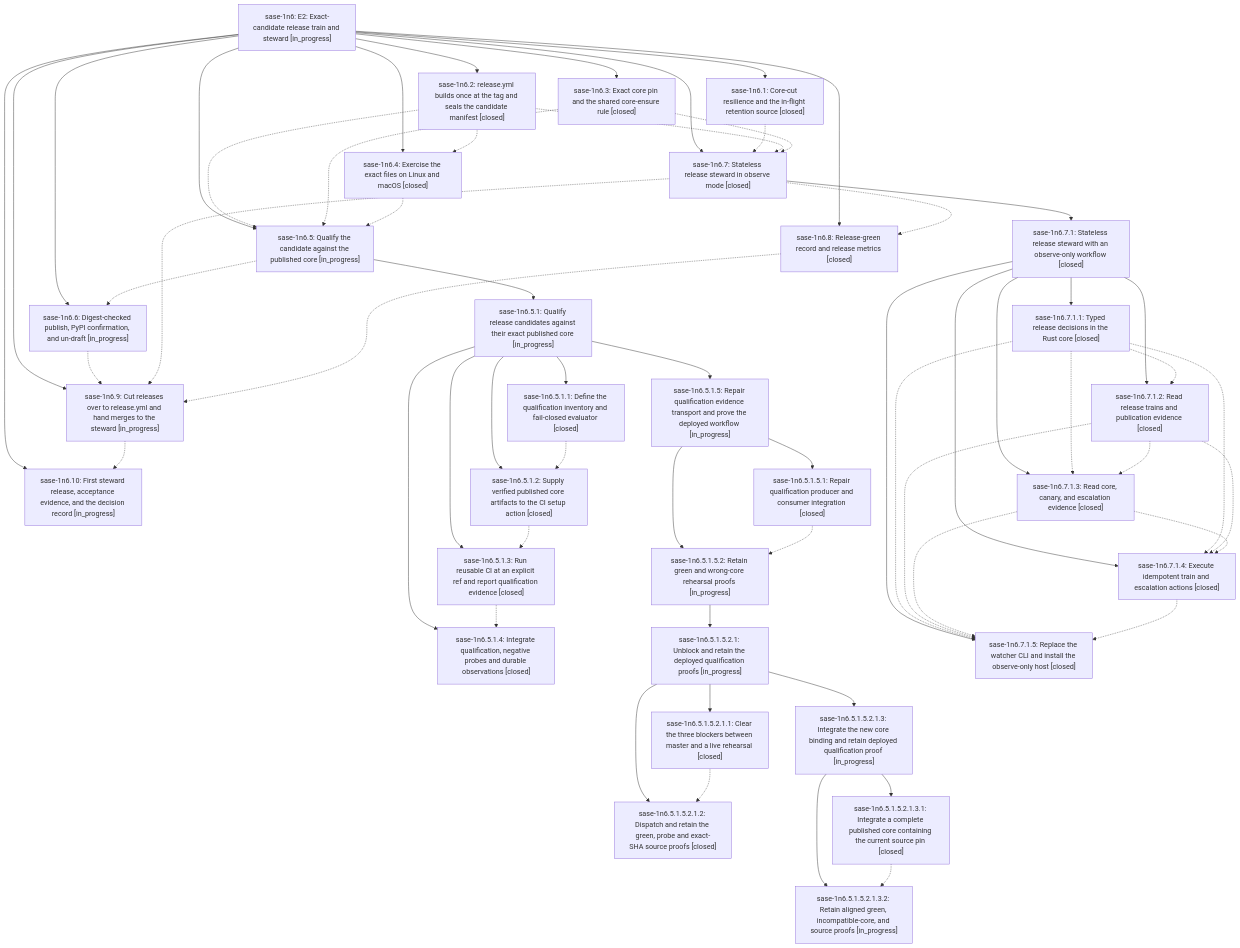
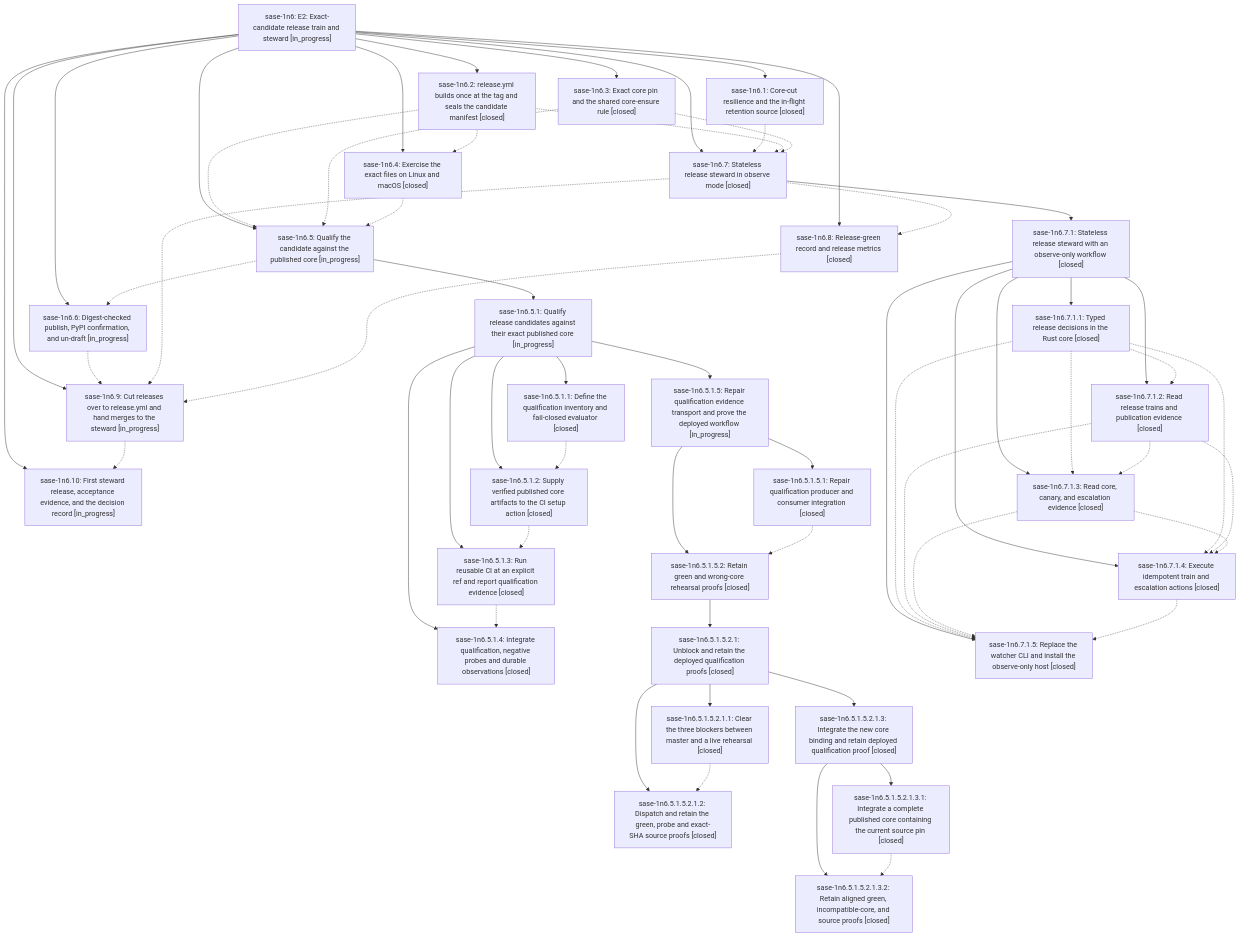
Before and after one commit to sase-org/sase--beads: the diagram in pages/sase-1n6/README.md, drawn with Mermaid. The commit also changed other lines of this file and 8 other files, not shown here.

```diff
--- a/pages/sase-1n6/README.md
+++ b/pages/sase-1n6/README.md
@@ -84,13 +84,13 @@
     n11["sase-1n6.5.1.4: Integrate qualification, negative probes and durable observations [closed]"]
     n12["sase-1n6.5.1.5: Repair qualification evidence transport and prove the deployed workflow [in_progress]"]
     n13["sase-1n6.5.1.5.1: Repair qualification producer and consumer integration [closed]"]
-    n14["sase-1n6.5.1.5.2: Retain green and wrong-core rehearsal proofs [in_progress]"]
-    n15["sase-1n6.5.1.5.2.1: Unblock and retain the deployed qualification proofs [in_progress]"]
+    n14["sase-1n6.5.1.5.2: Retain green and wrong-core rehearsal proofs [closed]"]
+    n15["sase-1n6.5.1.5.2.1: Unblock and retain the deployed qualification proofs [closed]"]
     n16["sase-1n6.5.1.5.2.1.1: Clear the three blockers between master and a live rehearsal [closed]"]
     n17["sase-1n6.5.1.5.2.1.2: Dispatch and retain the green, probe and exact-SHA source proofs [closed]"]
-    n18["sase-1n6.5.1.5.2.1.3: Integrate the new core binding and retain deployed qualification proof [in_progress]"]
+    n18["sase-1n6.5.1.5.2.1.3: Integrate the new core binding and retain deployed qualification proof [closed]"]
     n19["sase-1n6.5.1.5.2.1.3.1: Integrate a complete published core containing the current source pin [closed]"]
-    n20["sase-1n6.5.1.5.2.1.3.2: Retain aligned green, incompatible-core, and source proofs [in_progress]"]
+    n20["sase-1n6.5.1.5.2.1.3.2: Retain aligned green, incompatible-core, and source proofs [closed]"]
     n21["sase-1n6.6: Digest-checked publish, PyPI confirmation, and un-draft [in_progress]"]
     n22["sase-1n6.7: Stateless release steward in observe mode [closed]"]
     n23["sase-1n6.7.1: Stateless release steward with an observe-only workflow [closed]"]
```
